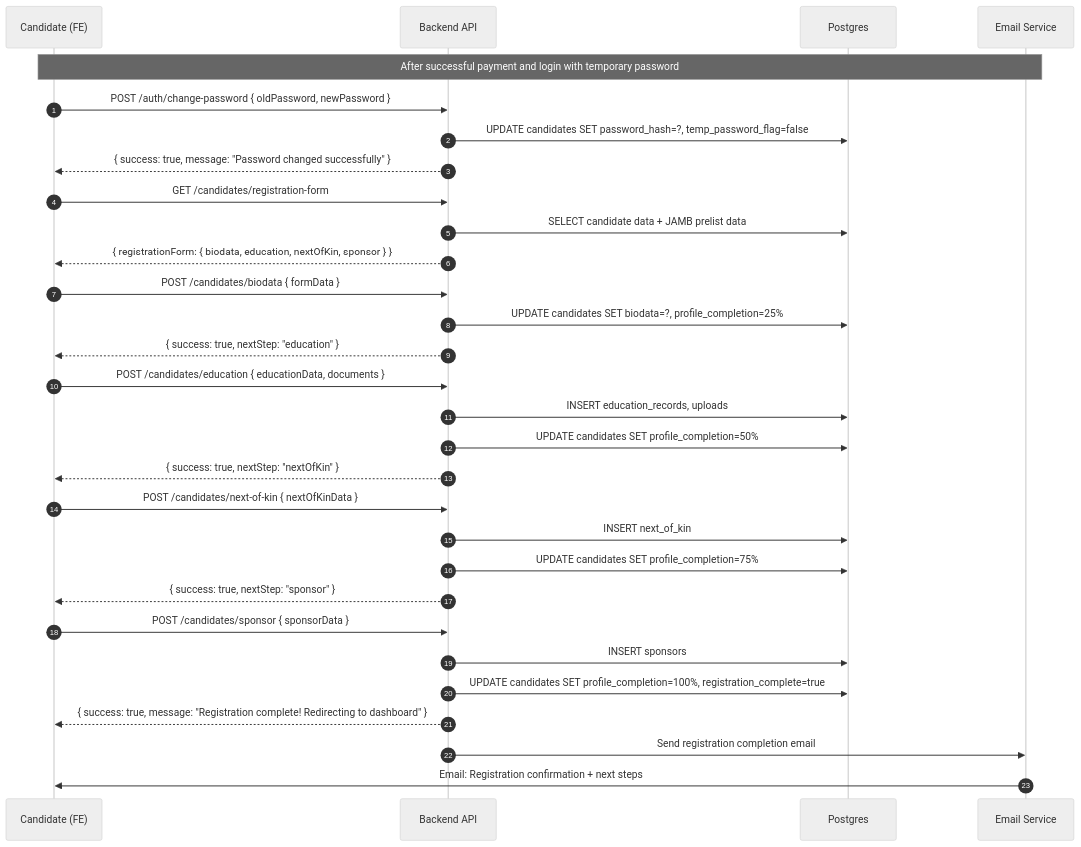
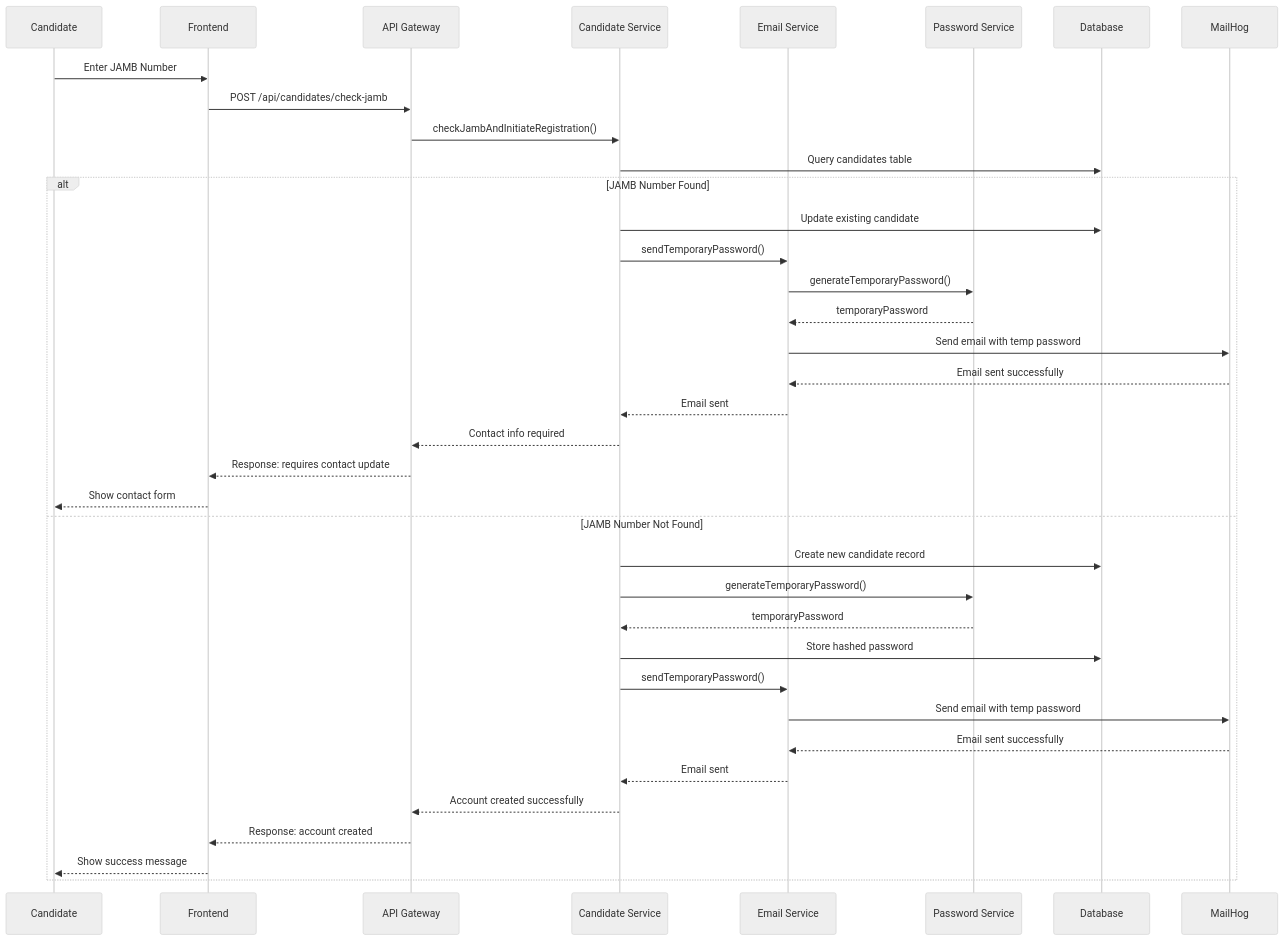
One commit to sbikelly/fuep_api changed the first of 17 diagrams in docs/sequence-diagrams.md. Above: the diagram before and after it, drawn with Mermaid (neutral theme). The commit also changed other lines of this file and 35 other files, not shown here.

````diff
--- a/docs/sequence-diagrams.md
+++ b/docs/sequence-diagrams.md
@@ -118,40 +20,41 @@
 ```mermaid
 sequenceDiagram
-  autonumber
-  participant U as Candidate (FE)
-  participant API as Backend API
-  participant DB as Postgres
-  participant EMAIL as Email Service
+    participant C as Candidate
+    participant F as Frontend
+    participant A as API Gateway
+    participant CS as Candidate Service
+    participant ES as Email Service
+    participant PS as Password Service
+    participant DB as Database
+    participant M as MailHog
 
-  Note over U,EMAIL: After successful payment and login with temporary password
-  
-  U->>API: POST /auth/change-password { oldPassword, newPassword }
-  API->>DB: UPDATE candidates SET password_hash=?, temp_password_flag=false
-  API-->>U: { success: true, message: "Password changed successfully" }
-  
-  U->>API: GET /candidates/registration-form
-  API->>DB: SELECT candidate data + JAMB prelist data
-  API-->>U: { registrationForm: { biodata, education, nextOfKin, sponsor } }
-  
-  U->>API: POST /candidates/biodata { formData }
-  API->>DB: UPDATE candidates SET biodata=?, profile_completion=25%
-  API-->>U: { success: true, nextStep: "education" }
-  
-  U->>API: POST /candidates/education { educationData, documents }
-  API->>DB: INSERT education_records, uploads
-  API->>DB: UPDATE candidates SET profile_completion=50%
-  API-->>U: { success: true, nextStep: "nextOfKin" }
-  
-  U->>API: POST /candidates/next-of-kin { nextOfKinData }
-  API->>DB: INSERT next_of_kin
-  API->>DB: UPDATE candidates SET profile_completion=75%
-  API-->>U: { success: true, nextStep: "sponsor" }
-  
-  U->>API: POST /candidates/sponsor { sponsorData }
-  API->>DB: INSERT sponsors
-  API->>DB: UPDATE candidates SET profile_completion=100%, registration_complete=true
-  API-->>U: { success: true, message: "Registration complete! Redirecting to dashboard" }
-  
-  API->>EMAIL: Send registration completion email
-  EMAIL->>U: Email: Registration confirmation + next steps
+    C->>F: Enter JAMB Number
+    F->>A: POST /api/candidates/check-jamb
+    A->>CS: checkJambAndInitiateRegistration()
+
+    CS->>DB: Query candidates table
+    alt JAMB Number Found
+        CS->>DB: Update existing candidate
+        CS->>ES: sendTemporaryPassword()
+        ES->>PS: generateTemporaryPassword()
+        PS-->>ES: temporaryPassword
+        ES->>M: Send email with temp password
+        M-->>ES: Email sent successfully
+        ES-->>CS: Email sent
+        CS-->>A: Contact info required
+        A-->>F: Response: requires contact update
+        F-->>C: Show contact form
+    else JAMB Number Not Found
+        CS->>DB: Create new candidate record
+        CS->>PS: generateTemporaryPassword()
+        PS-->>CS: temporaryPassword
+        CS->>DB: Store hashed password
+        CS->>ES: sendTemporaryPassword()
+        ES->>M: Send email with temp password
+        M-->>ES: Email sent successfully
+        ES-->>CS: Email sent
+        CS-->>A: Account created successfully
+        A-->>F: Response: account created
+        F-->>C: Show success message
+    end
 ```
````
